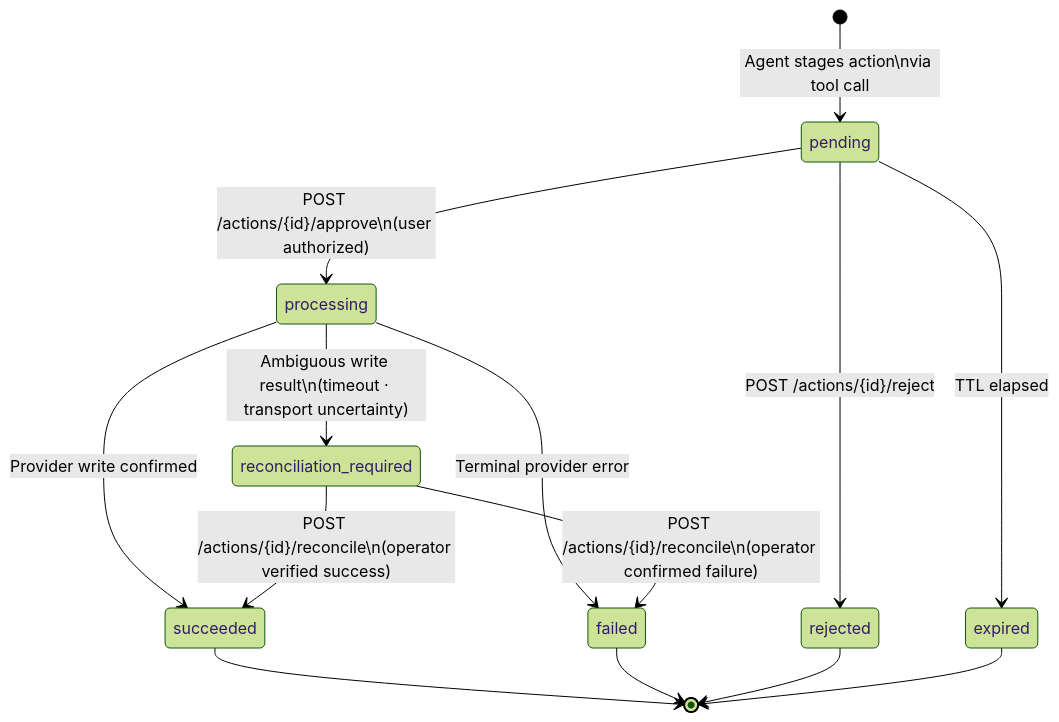
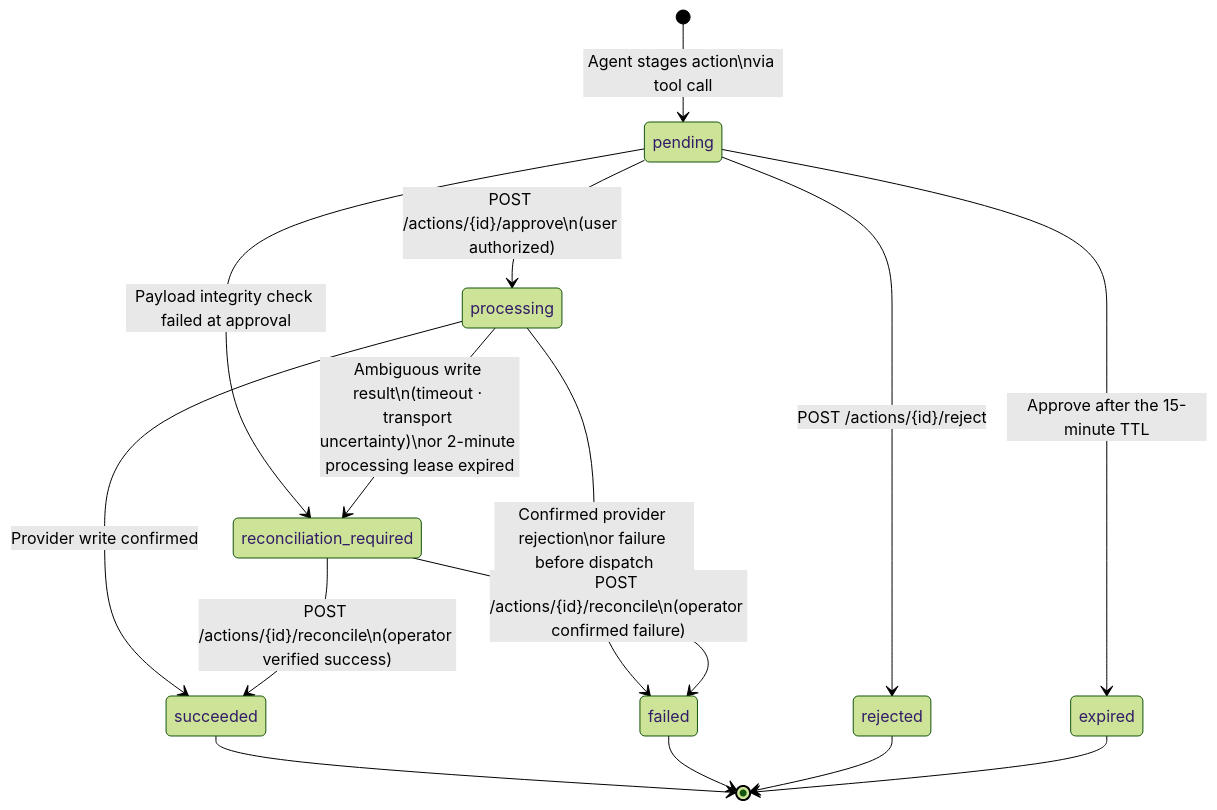
The second of 2 diagrams in README.md (HarshilMaks/onebox), drawn with Mermaid (forest theme) before and after one commit. The commit also changed other lines of this file, not shown here.

First line of the commit message:
docs: match pending-action examples to real API responses

````diff
--- a/README.md
+++ b/README.md
@@ -405,20 +412,21 @@
 ```mermaid
 stateDiagram-v2
     [*] --> pending : Agent stages action\nvia tool call
 
     pending --> processing : POST /actions/{id}/approve\n(user authorized)
     pending --> rejected : POST /actions/{id}/reject
-    pending --> expired : TTL elapsed
+    pending --> expired : Approve after the 15-minute TTL
+    pending --> reconciliation_required : Payload integrity check failed at approval
 
     processing --> succeeded : Provider write confirmed
-    processing --> failed : Terminal provider error
-    processing --> reconciliation_required : Ambiguous write result\n(timeout · transport uncertainty)
+    processing --> failed : Confirmed provider rejection\nor failure before dispatch
+    processing --> reconciliation_required : Ambiguous write result\n(timeout · transport uncertainty)\nor 2-minute processing lease expired
 
     reconciliation_required --> succeeded : POST /actions/{id}/reconcile\n(operator verified success)
     reconciliation_required --> failed : POST /actions/{id}/reconcile\n(operator confirmed failure)
 
     succeeded --> [*]
     failed --> [*]
     rejected --> [*]
     expired --> [*]
 ```
````
